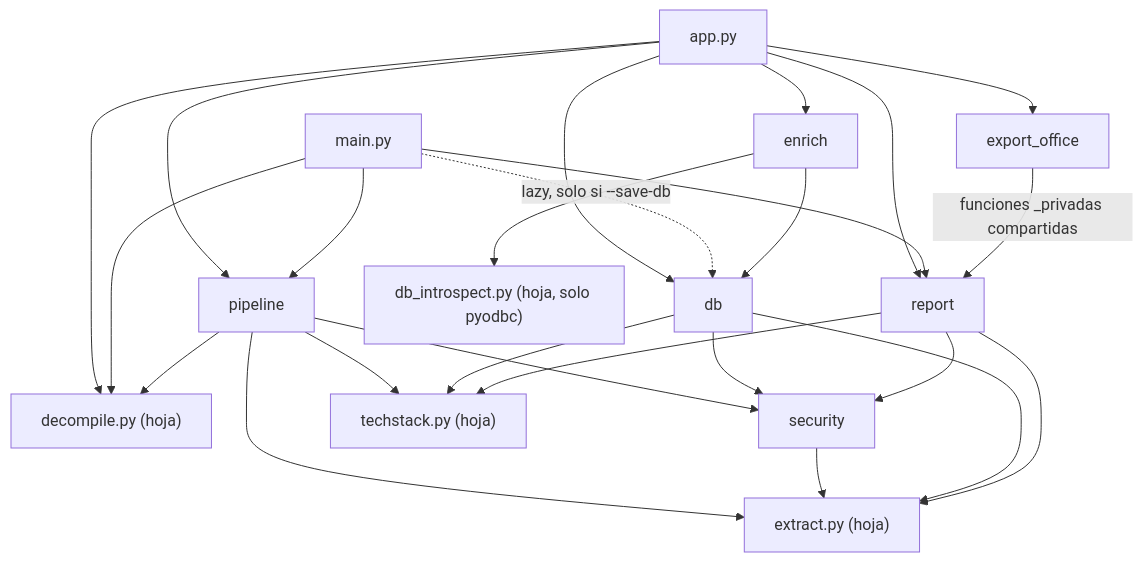
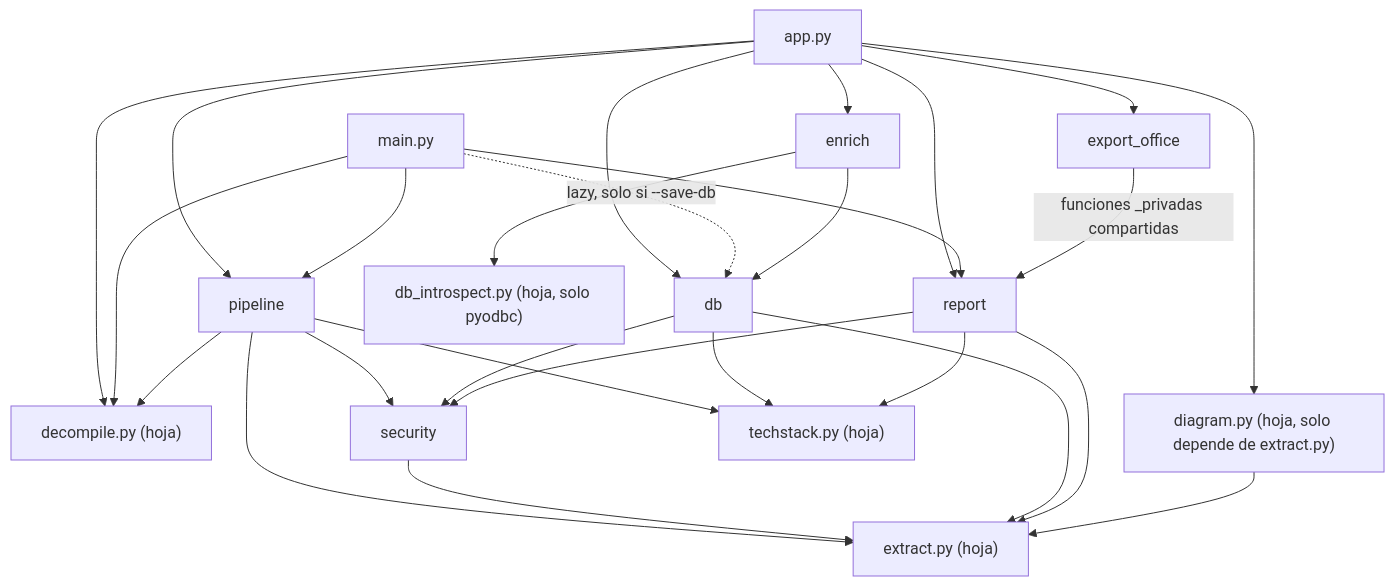
Before and after one commit to EduardoPizzano/QAPV-LegacyAppAnalyzer: the sixth of 6 diagrams in ARCHITECTURE.md, drawn with Mermaid. The commit also changed other lines of this file and 13 other files, not shown here.

````diff
--- a/ARCHITECTURE.md
+++ b/ARCHITECTURE.md
@@ -623,35 +631,39 @@
 ```mermaid
 graph TD
     app_py["app.py"] --> db
     app_py --> enrich
     app_py --> export_office
     app_py --> decompile
     app_py --> pipeline
     app_py --> report
+    app_py --> diagram
     main_py["main.py"] --> decompile
     main_py --> pipeline
     main_py --> report
     main_py -.->|"lazy, solo si --save-db"| db
 
     pipeline --> security
     pipeline --> techstack
     pipeline --> decompile
     pipeline --> extract
 
     security --> extract
     db --> extract
     db --> security
     db --> techstack
     report --> extract
     report --> security
     report --> techstack
     export_office -->|"funciones _privadas compartidas"| report
 
     enrich --> db
     enrich --> db_introspect
 
+    diagram --> extract
+
     extract["extract.py (hoja)"]
     techstack["techstack.py (hoja)"]
     decompile["decompile.py (hoja)"]
     db_introspect["db_introspect.py (hoja, solo pyodbc)"]
+    diagram["diagram.py (hoja, solo depende de extract.py)"]
 ```
````
